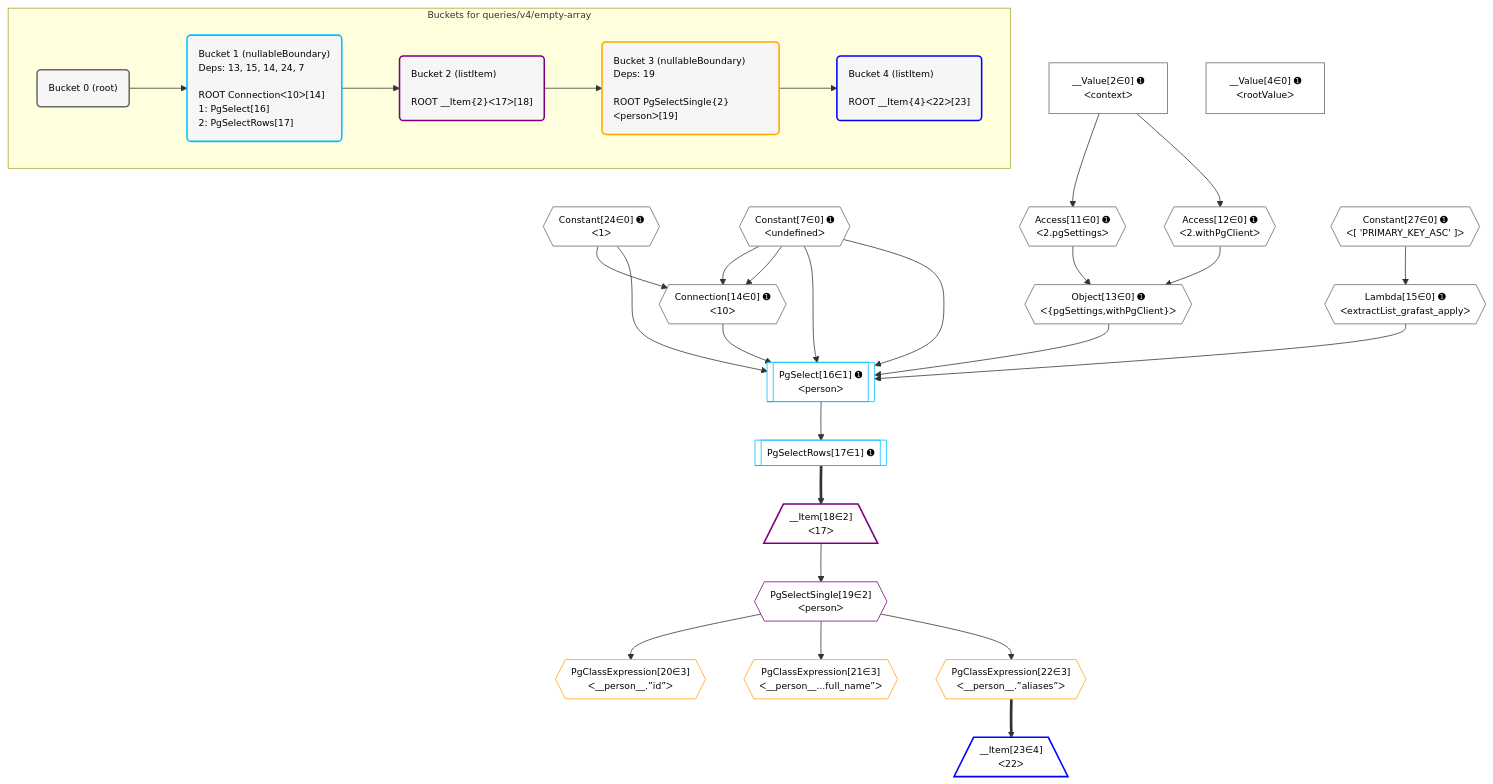
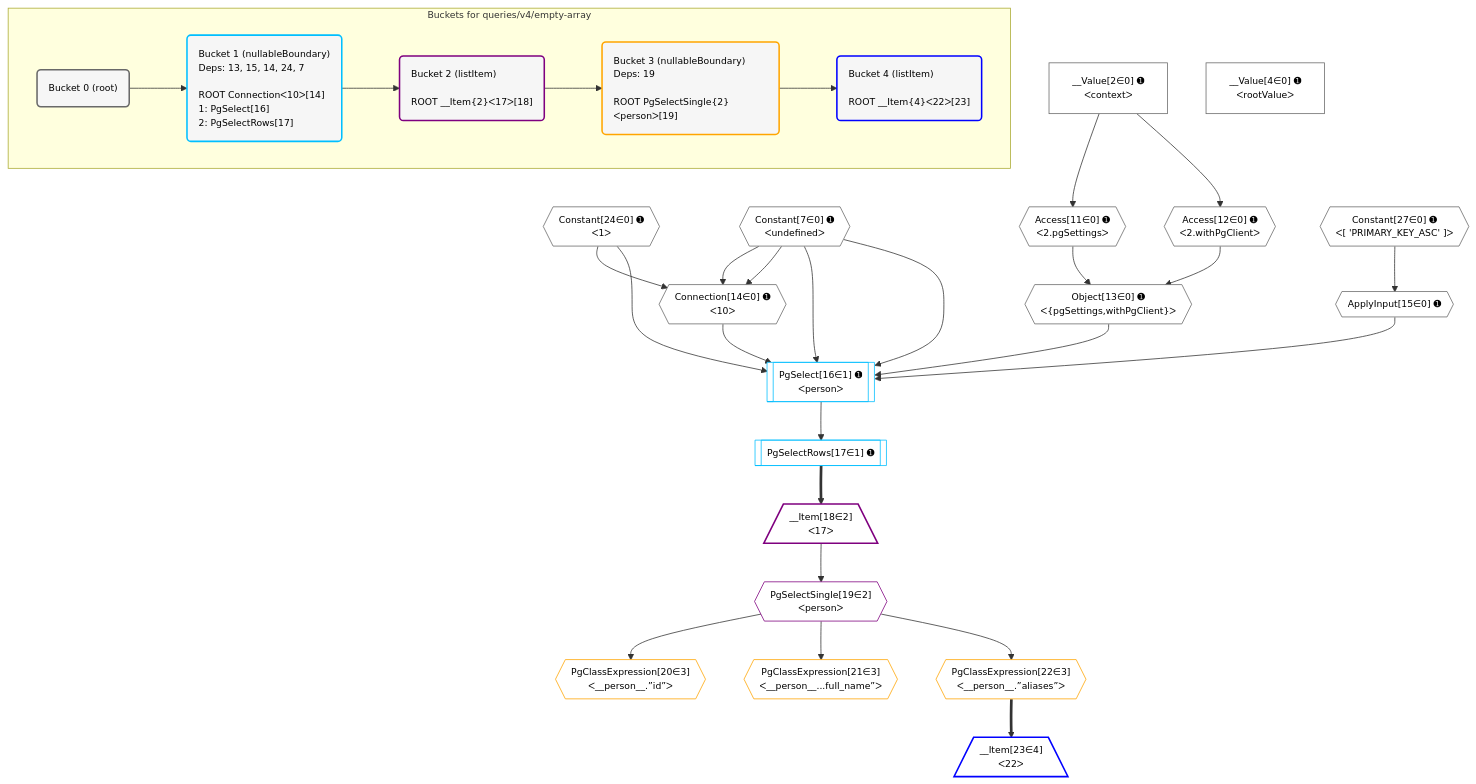
Before and after one commit to graphile/crystal: the diagram in postgraphile/postgraphile/__tests__/queries/v4/empty-array.mermaid, drawn with Mermaid. The commit also changed 162 other files, not shown here.

Commit message:
Update plan diagrams now that extractEnumExtensionValue has been removed

```diff
--- a/postgraphile/postgraphile/__tests__/queries/v4/empty-array.mermaid
+++ b/postgraphile/postgraphile/__tests__/queries/v4/empty-array.mermaid
@@ -1,66 +1,66 @@
 %%{init: {'themeVariables': { 'fontSize': '12px'}}}%%
 graph TD
     classDef path fill:#eee,stroke:#000,color:#000
     classDef plan fill:#fff,stroke-width:1px,color:#000
     classDef itemplan fill:#fff,stroke-width:2px,color:#000
     classDef unbatchedplan fill:#dff,stroke-width:1px,color:#000
     classDef sideeffectplan fill:#fcc,stroke-width:2px,color:#000
     classDef bucket fill:#f6f6f6,color:#000,stroke-width:2px,text-align:left
 
 
     %% plan dependencies
     Connection14{{"Connection[14∈0] ➊<br />ᐸ10ᐳ"}}:::plan
     Constant24{{"Constant[24∈0] ➊<br />ᐸ1ᐳ"}}:::plan
     Constant7{{"Constant[7∈0] ➊<br />ᐸundefinedᐳ"}}:::plan
     Constant24 & Constant7 & Constant7 --> Connection14
     Object13{{"Object[13∈0] ➊<br />ᐸ{pgSettings,withPgClient}ᐳ"}}:::plan
     Access11{{"Access[11∈0] ➊<br />ᐸ2.pgSettingsᐳ"}}:::plan
     Access12{{"Access[12∈0] ➊<br />ᐸ2.withPgClientᐳ"}}:::plan
     Access11 & Access12 --> Object13
     __Value2["__Value[2∈0] ➊<br />ᐸcontextᐳ"]:::plan
     __Value2 --> Access11
     __Value2 --> Access12
-    Lambda15{{"Lambda[15∈0] ➊<br />ᐸextractList_grafast_applyᐳ"}}:::plan
+    ApplyInput15{{"ApplyInput[15∈0] ➊"}}:::plan
     Constant27{{"Constant[27∈0] ➊<br />ᐸ[ 'PRIMARY_KEY_ASC' ]ᐳ"}}:::plan
-    Constant27 --> Lambda15
+    Constant27 --> ApplyInput15
     __Value4["__Value[4∈0] ➊<br />ᐸrootValueᐳ"]:::plan
     PgSelect16[["PgSelect[16∈1] ➊<br />ᐸpersonᐳ"]]:::plan
-    Object13 & Lambda15 & Connection14 & Constant24 & Constant7 & Constant7 --> PgSelect16
+    Object13 & ApplyInput15 & Connection14 & Constant24 & Constant7 & Constant7 --> PgSelect16
     PgSelectRows17[["PgSelectRows[17∈1] ➊"]]:::plan
     PgSelect16 --> PgSelectRows17
     __Item18[/"__Item[18∈2]<br />ᐸ17ᐳ"\]:::itemplan
     PgSelectRows17 ==> __Item18
     PgSelectSingle19{{"PgSelectSingle[19∈2]<br />ᐸpersonᐳ"}}:::plan
     __Item18 --> PgSelectSingle19
     PgClassExpression20{{"PgClassExpression[20∈3]<br />ᐸ__person__.”id”ᐳ"}}:::plan
     PgSelectSingle19 --> PgClassExpression20
     PgClassExpression21{{"PgClassExpression[21∈3]<br />ᐸ__person__...full_name”ᐳ"}}:::plan
     PgSelectSingle19 --> PgClassExpression21
     PgClassExpression22{{"PgClassExpression[22∈3]<br />ᐸ__person__.”aliases”ᐳ"}}:::plan
     PgSelectSingle19 --> PgClassExpression22
     __Item23[/"__Item[23∈4]<br />ᐸ22ᐳ"\]:::itemplan
     PgClassExpression22 ==> __Item23
 
     %% define steps
 
     subgraph "Buckets for queries/v4/empty-array"
     Bucket0("Bucket 0 (root)"):::bucket
     classDef bucket0 stroke:#696969
-    class Bucket0,__Value2,__Value4,Constant7,Access11,Access12,Object13,Connection14,Lambda15,Constant24,Constant27 bucket0
+    class Bucket0,__Value2,__Value4,Constant7,Access11,Access12,Object13,Connection14,ApplyInput15,Constant24,Constant27 bucket0
     Bucket1("Bucket 1 (nullableBoundary)<br />Deps: 13, 15, 14, 24, 7<br /><br />ROOT Connectionᐸ10ᐳ[14]<br />1: PgSelect[16]<br />2: PgSelectRows[17]"):::bucket
     classDef bucket1 stroke:#00bfff
     class Bucket1,PgSelect16,PgSelectRows17 bucket1
     Bucket2("Bucket 2 (listItem)<br /><br />ROOT __Item{2}ᐸ17ᐳ[18]"):::bucket
     classDef bucket2 stroke:#7f007f
     class Bucket2,__Item18,PgSelectSingle19 bucket2
     Bucket3("Bucket 3 (nullableBoundary)<br />Deps: 19<br /><br />ROOT PgSelectSingle{2}ᐸpersonᐳ[19]"):::bucket
     classDef bucket3 stroke:#ffa500
     class Bucket3,PgClassExpression20,PgClassExpression21,PgClassExpression22 bucket3
     Bucket4("Bucket 4 (listItem)<br /><br />ROOT __Item{4}ᐸ22ᐳ[23]"):::bucket
     classDef bucket4 stroke:#0000ff
     class Bucket4,__Item23 bucket4
     Bucket0 --> Bucket1
     Bucket1 --> Bucket2
     Bucket2 --> Bucket3
     Bucket3 --> Bucket4
     end
```
